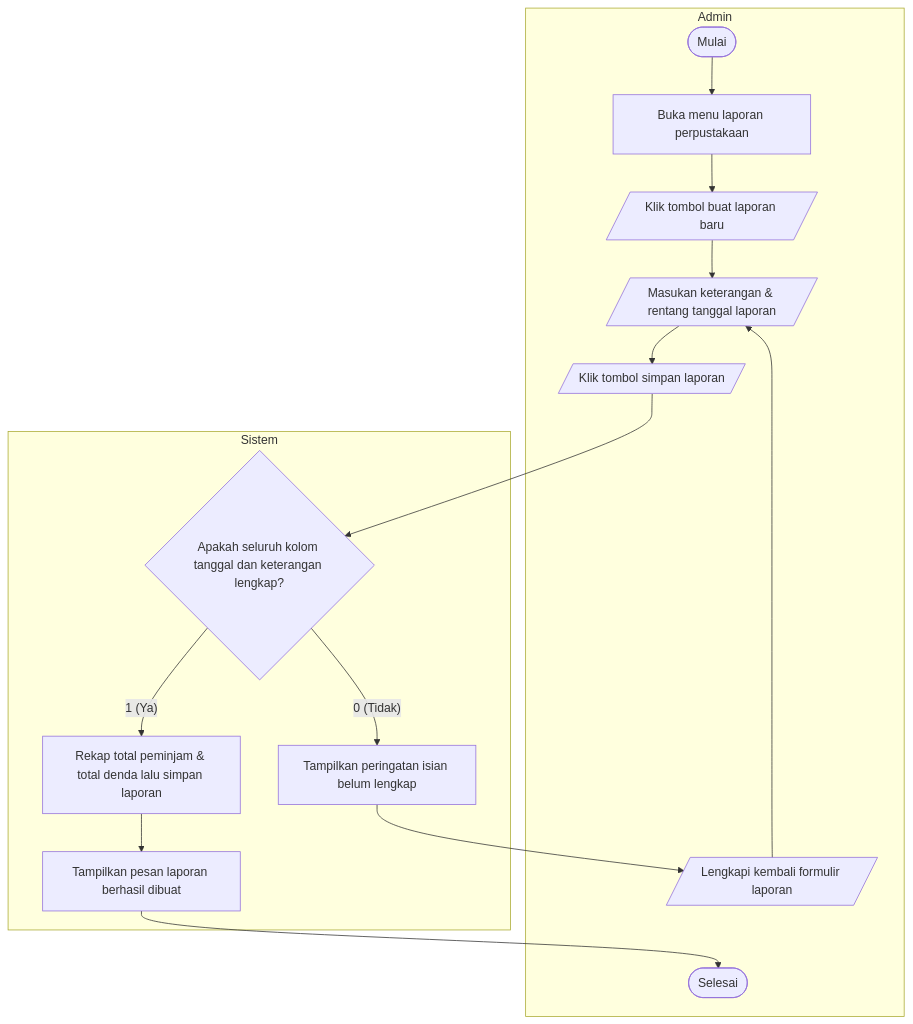
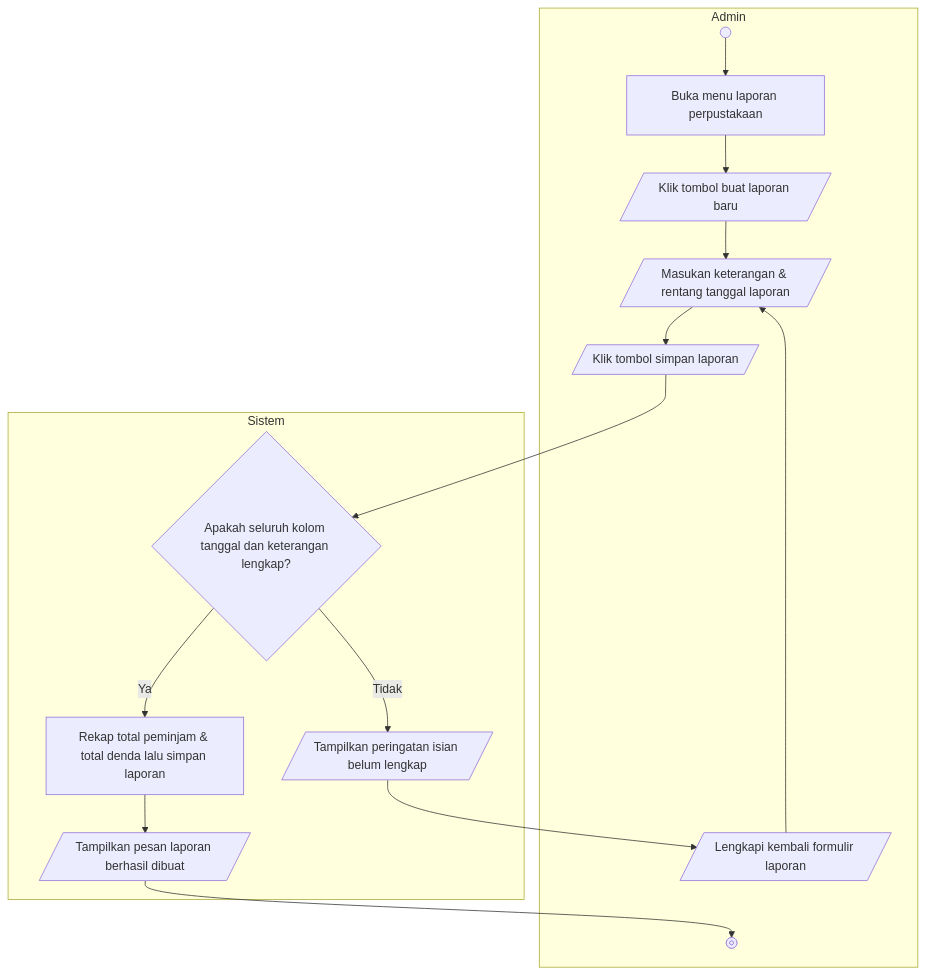
One commit to dimstyle/ruang-baca changed the diagram in docs/uml/src/diagrams/list-diagrams/activity-createlaporan.mmd. Above: the diagram before and after it, drawn with Mermaid. The commit also changed 134 other files, not shown here.

Commit message:
docs(diagrams): add Chen ERD, use parallelograms for activity I/O, fix layouts, and simplify Ya/Tidak labels

```diff
--- a/docs/uml/src/diagrams/list-diagrams/activity-createlaporan.mmd
+++ b/docs/uml/src/diagrams/list-diagrams/activity-createlaporan.mmd
@@ -1,18 +1,18 @@
 flowchart TD
     subgraph Admin["Admin"]
-        start(["Mulai"]) --> openMenu["Buka menu laporan perpustakaan"]
+        start@{ shape: sm-circ } --> openMenu["Buka menu laporan perpustakaan"]
         openMenu --> clickNew[/"Klik tombol buat laporan baru"/]
         clickNew --> inputForm[/"Masukan keterangan & rentang tanggal laporan"/]
         inputForm --> clickSave[/"Klik tombol simpan laporan"/]
         fixForm[/"Lengkapi kembali formulir laporan"/] --> inputForm
-        finish(["Selesai"])
+        finish@{ shape: fr-circ }
     end
 
     subgraph Sistem["Sistem"]
         clickSave --> checkComplete{"Apakah seluruh kolom tanggal dan keterangan lengkap?"}
-        checkComplete -->|"0 (Tidak)"| warnIncomplete["Tampilkan peringatan isian belum lengkap"]
+        checkComplete -->|"Tidak"| warnIncomplete[/"Tampilkan peringatan isian belum lengkap"/]
         warnIncomplete --> fixForm
-        checkComplete -->|"1 (Ya)"| calcSave["Rekap total peminjam & total denda lalu simpan laporan"]
-        calcSave --> created["Tampilkan pesan laporan berhasil dibuat"]
+        checkComplete -->|"Ya"| calcSave["Rekap total peminjam & total denda lalu simpan laporan"]
+        calcSave --> created[/"Tampilkan pesan laporan berhasil dibuat"/]
         created --> finish
     end
```
